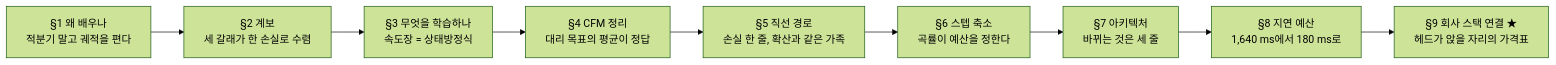
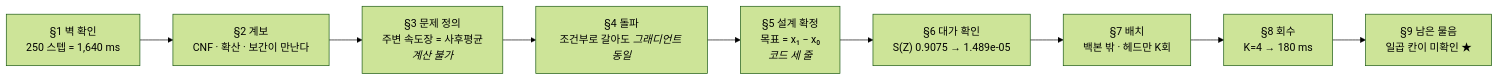
Before and after one commit to sguys99/physical-ai-study: the fifth of 5 diagrams in course/w1-generative-core/04-flow-matching/lesson.md, drawn with Mermaid (forest theme). The commit also changed other lines of this file and 14 other files, not shown here.

````diff
--- a/course/w1-generative-core/04-flow-matching/lesson.md
+++ b/course/w1-generative-core/04-flow-matching/lesson.md
@@ -701,11 +972,11 @@
 ```mermaid
 flowchart LR
-  S1["§1 왜 배우나<br/>적분기 말고 궤적을 편다"] --> S2["§2 계보<br/>세 갈래가 한 손실로 수렴"]
-  S2 --> S3["§3 무엇을 학습하나<br/>속도장 = 상태방정식"]
-  S3 --> S4["§4 CFM 정리<br/>대리 목표의 평균이 정답"]
-  S4 --> S5["§5 직선 경로<br/>손실 한 줄, 확산과 같은 가족"]
-  S5 --> S6["§6 스텝 축소<br/>곡률이 예산을 정한다"]
-  S6 --> S7["§7 아키텍처<br/>바뀌는 것은 세 줄"]
-  S7 --> S8["§8 지연 예산<br/>1,640 ms에서 180 ms로"]
-  S8 --> CO["§9 회사 스택 연결 ★<br/>헤드가 앉을 자리의 가격표"]
+  S1["§1 벽 확인<br/>250 스텝 = 1,640 ms"] --> S2["§2 계보<br/>CNF · 확산 · 보간이 만난다"]
+  S2 --> S3["§3 문제 정의<br/>주변 속도장 = 사후평균<br/><i>계산 불가</i>"]
+  S3 --> S4["§4 돌파<br/>조건부로 갈아도 <i>그래디언트 동일</i>"]
+  S4 --> S5["§5 설계 확정<br/>목표 = x₁ − x₀<br/><i>코드 세 줄</i>"]
+  S5 --> S6["§6 대가 확인<br/>S(Z) 0.9075 → 1.489e-05"]
+  S6 --> S7["§7 배치<br/>백본 밖 · 헤드만 K회"]
+  S7 --> S8["§8 회수<br/>K=4 → 180 ms"]
+  S8 --> CO["§9 남은 물음<br/>일곱 칸이 미확인 ★"]
 ```
````
